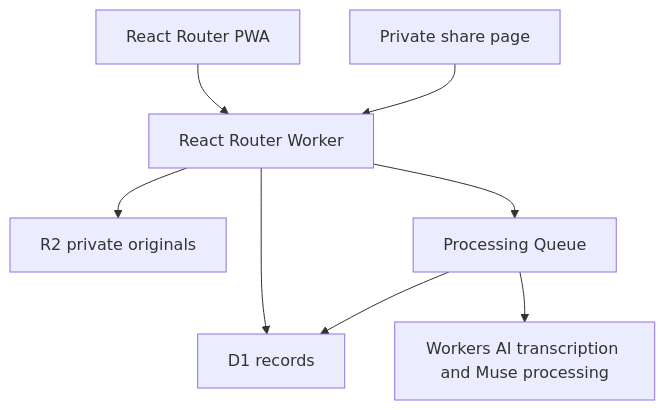
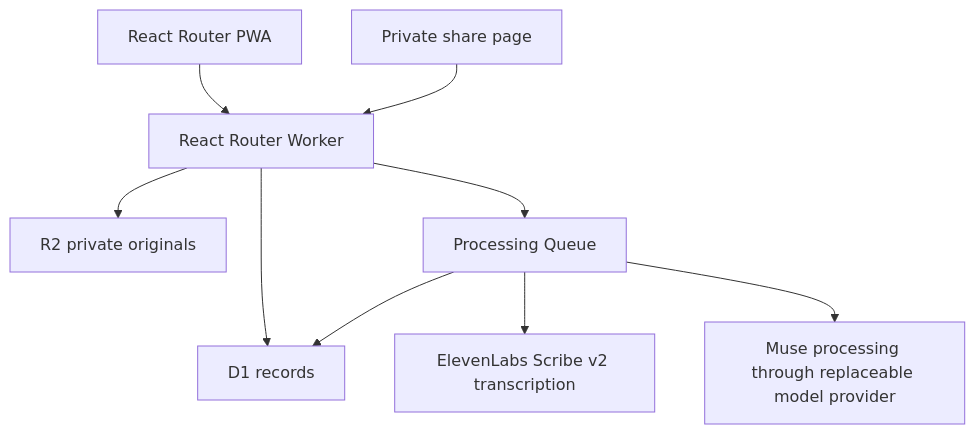
One commit to sanlorenzoprx/memoriesmystory changed the second of 2 diagrams in docs/IMPLEMENTATION/PHASE_1_SOLO_MEMORY_STORY_BUILD_SPEC.md. Above: the diagram before and after it, drawn with Mermaid. The commit also changed other lines of this file and 23 other files, not shown here.

Commit message:
feat: modularize providers and select ElevenLabs Scribe v2

````diff
--- a/docs/IMPLEMENTATION/PHASE_1_SOLO_MEMORY_STORY_BUILD_SPEC.md
+++ b/docs/IMPLEMENTATION/PHASE_1_SOLO_MEMORY_STORY_BUILD_SPEC.md
@@ -247,10 +240,11 @@
 ```mermaid
 flowchart TD
     PWA["React Router PWA"] --> Worker["React Router Worker"]
     Worker --> D1["D1 records"]
     Worker --> R2["R2 private originals"]
     Worker --> Queue["Processing Queue"]
-    Queue --> AI["Workers AI transcription and Muse processing"]
+    Queue --> STT["ElevenLabs Scribe v2 transcription"]
+    Queue --> AI["Muse processing through replaceable model provider"]
     Queue --> D1
     Share["Private share page"] --> Worker
 ```
````
